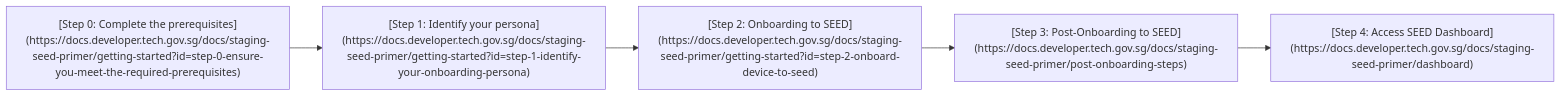
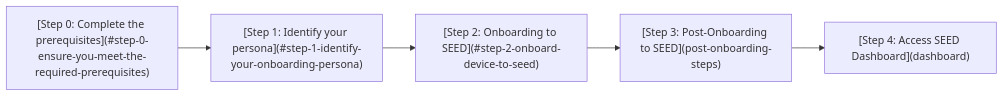
Before and after one commit to GovTechSG/seed-primer-documentation: the second of 2 diagrams in getting-started.md, drawn with Mermaid.

````diff
--- a/getting-started.md
+++ b/getting-started.md
@@ -18,12 +18,12 @@
 ```mermaid
 flowchart LR
-    A["[Step 0: Complete the prerequisites](https://docs.developer.tech.gov.sg/docs/staging-seed-primer/getting-started?id=step-0-ensure-you-meet-the-required-prerequisites)"]
-    B["[Step 1: Identify your persona](https://docs.developer.tech.gov.sg/docs/staging-seed-primer/getting-started?id=step-1-identify-your-onboarding-persona)"]
-    C["[Step 2: Onboarding to SEED](https://docs.developer.tech.gov.sg/docs/staging-seed-primer/getting-started?id=step-2-onboard-device-to-seed)"]
-    D["[Step 3: Post-Onboarding to SEED](https://docs.developer.tech.gov.sg/docs/staging-seed-primer/post-onboarding-steps)"]
-    E["[Step 4: Access SEED Dashboard](https://docs.developer.tech.gov.sg/docs/staging-seed-primer/dashboard)"]
+    A["[Step 0: Complete the prerequisites](#step-0-ensure-you-meet-the-required-prerequisites)"]
+    B["[Step 1: Identify your persona](#step-1-identify-your-onboarding-persona)"]
+    C["[Step 2: Onboarding to SEED](#step-2-onboard-device-to-seed)"]
+    D["[Step 3: Post-Onboarding to SEED](post-onboarding-steps)"]
+    E["[Step 4: Access SEED Dashboard](dashboard)"]
     A --> B
     B --> C
     C --> D
     D --> E
 ```
````
